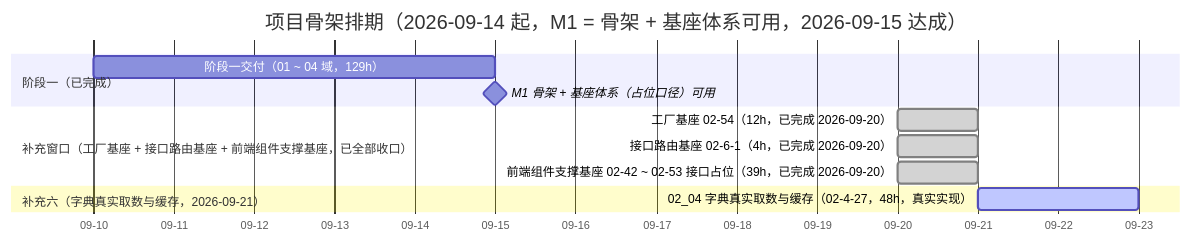
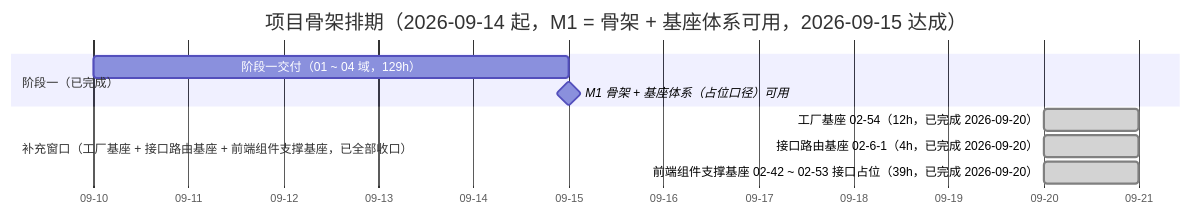
Before and after one commit to minjian123/basic-management-system: the diagram in bms文档/项目/01_项目骨架/计划/01_计划_项目骨架.md, drawn with Mermaid. The commit also changed other lines of this file and 12 other files, not shown here.

````diff
--- a/bms文档/项目/01_项目骨架/计划/01_计划_项目骨架.md
+++ b/bms文档/项目/01_项目骨架/计划/01_计划_项目骨架.md
@@ -148,15 +149,13 @@
 ```mermaid
 gantt
     title 项目骨架排期（2026-09-14 起，M1 = 骨架 + 基座体系可用，2026-09-15 达成）
     dateFormat  YYYY-MM-DD
     axisFormat %m-%d
     section 阶段一（已完成）
     阶段一交付（01 ~ 04 域，129h） :done1, 2026-09-10, 2026-09-15
     M1 骨架 + 基座体系（占位口径）可用 :milestone, m1, 2026-09-15, 0d
     section 补充窗口（工厂基座 + 接口路由基座 + 前端组件支撑基座，已全部收口）
     工厂基座 02-54（12h，已完成 2026-09-20） :done, fac, 2026-09-20, 1d
     接口路由基座 02-6-1（4h，已完成 2026-09-20） :done, route, 2026-09-20, 1d
     前端组件支撑基座 02-42 ~ 02-53 接口占位（39h，已完成 2026-09-20） :done, supp, 2026-09-20, 1d
-    section 补充六（字典真实取数与缓存，2026-09-21）
-    02_04 字典真实取数与缓存（02-4-27，48h，真实实现） :active, dict, 2026-09-21, 2d
 ```
````
